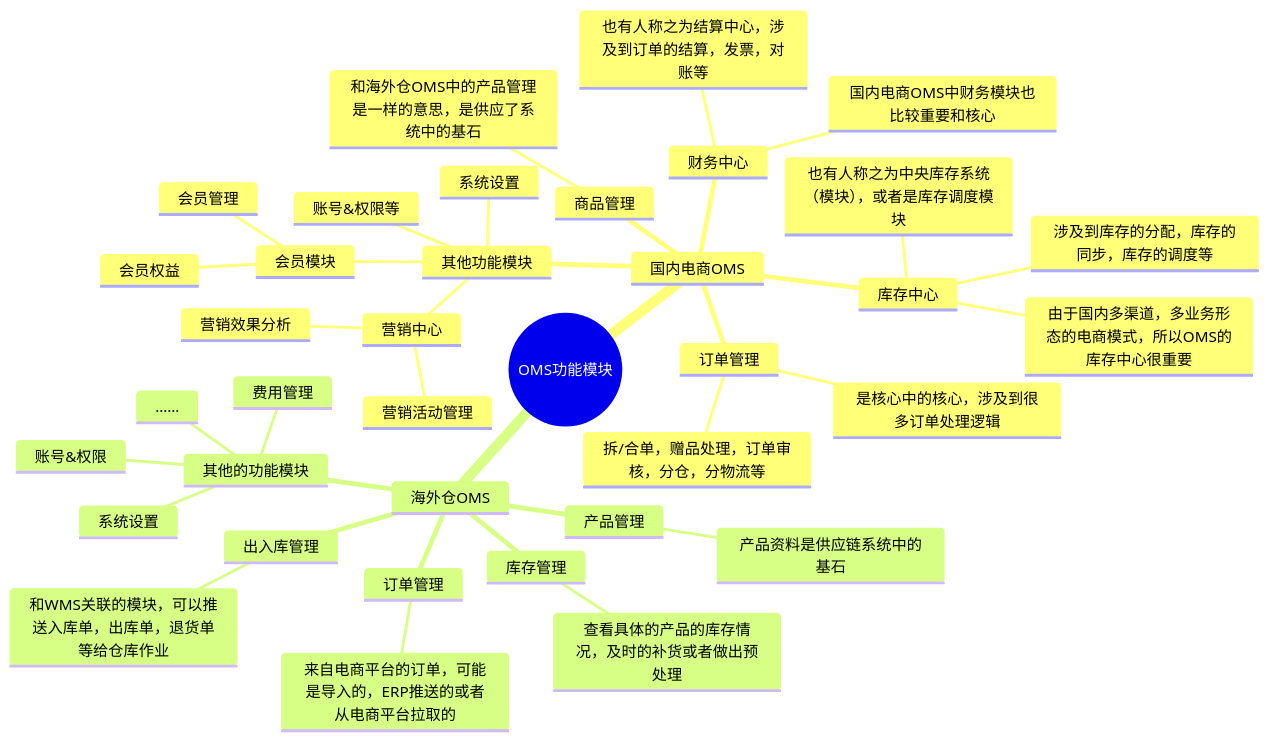
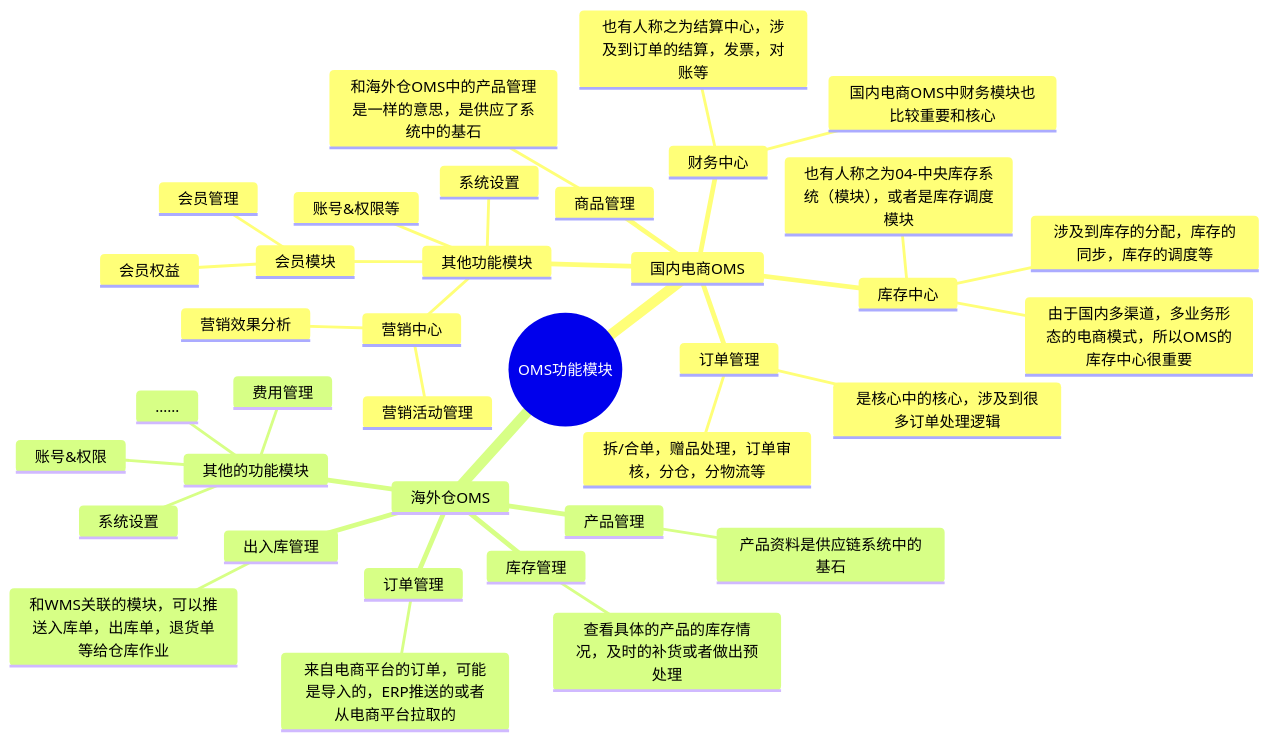
The first of 2 diagrams in 供应链系统资料/维他命_产品私享课/完整体系课程视频及文稿/课程17(直播课)_海外仓OMS&amp;OMP(含TMS_BMS)的业务介绍.md (chao1927/scm), drawn with Mermaid before and after one commit. The commit also changed 284 other files, not shown here.

````diff
--- a/供应链系统资料/维他命_产品私享课/完整体系课程视频及文稿/课程17(直播课)_海外仓OMS&amp;OMP(含TMS_BMS)的业务介绍.md
+++ b/供应链系统资料/维他命_产品私享课/完整体系课程视频及文稿/课程17(直播课)_海外仓OMS&amp;OMP(含TMS_BMS)的业务介绍.md
@@ -76,40 +76,40 @@
 ```mermaid
 mindmap
   root((OMS功能模块))
     国内电商OMS
       商品管理
         和海外仓OMS中的产品管理是一样的意思，是供应了系统中的基石
       订单管理
         是核心中的核心，涉及到很多订单处理逻辑
         拆/合单，赠品处理，订单审核，分仓，分物流等
       库存中心
-        也有人称之为中央库存系统（模块），或者是库存调度模块
+        也有人称之为04-中央库存系统（模块），或者是库存调度模块
         由于国内多渠道，多业务形态的电商模式，所以OMS的库存中心很重要
         涉及到库存的分配，库存的同步，库存的调度等
       财务中心
         也有人称之为结算中心，涉及到订单的结算，发票，对账等
         国内电商OMS中财务模块也比较重要和核心
       其他功能模块
         会员模块
           会员权益
           会员管理
         营销中心
           营销活动管理
           营销效果分析
         系统设置
         账号&权限等
     海外仓OMS
       产品管理
         产品资料是供应链系统中的基石
       订单管理
         来自电商平台的订单，可能是导入的，ERP推送的或者从电商平台拉取的
       出入库管理
         和WMS关联的模块，可以推送入库单，出库单，退货单等给仓库作业
       库存管理
         查看具体的产品的库存情况，及时的补货或者做出预处理
       其他的功能模块
         系统设置
         费用管理
         账号&权限
         ……
 ```
````
